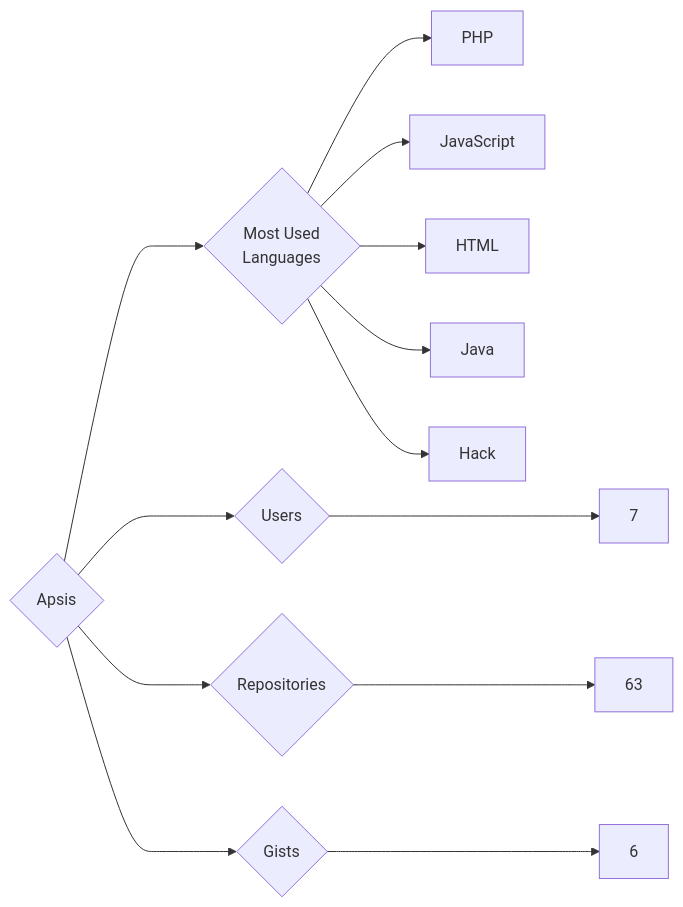
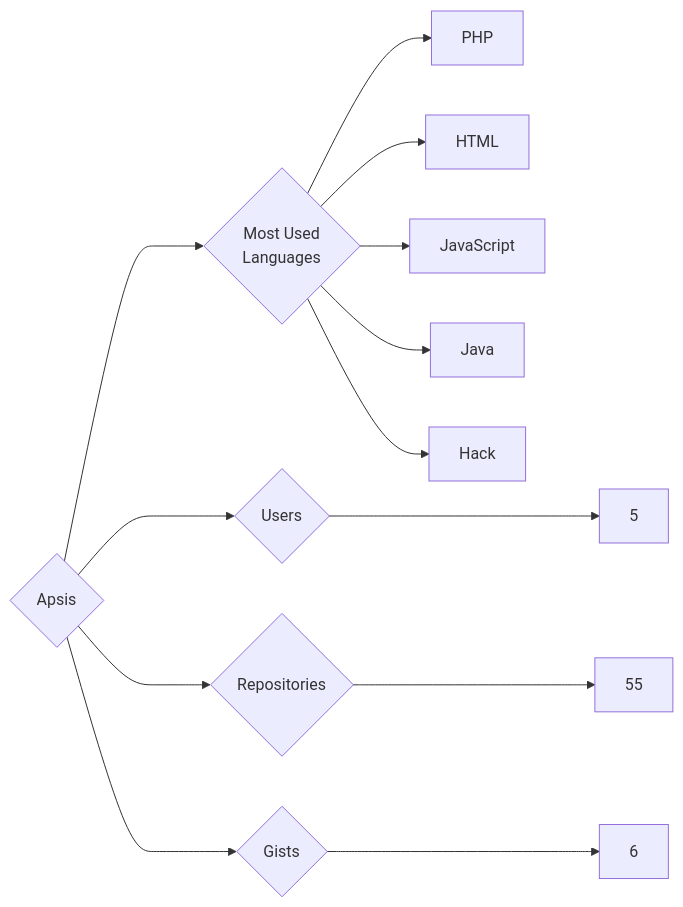
The diagram in targets/Apsis/README.md (trickest/insiders), drawn with Mermaid before and after one commit. The commit also changed 865 other files, not shown here.

````diff
--- a/targets/Apsis/README.md
+++ b/targets/Apsis/README.md
@@ -3,13 +3,13 @@
 ```mermaid
 graph LR
 COMPANY_NAME{Apsis}
-COMPANY_NAME ---> U{Users} ---> UN[7]
-COMPANY_NAME ---> R{Repositories} ---> RN[63]
+COMPANY_NAME ---> U{Users} ---> UN[5]
+COMPANY_NAME ---> R{Repositories} ---> RN[55]
 COMPANY_NAME ---> G{Gists} ---> GN[6]
 COMPANY_NAME ---> ML{Most Used<br>Languages}
 ML --> PHP[PHP]
+ML --> HTML[HTML]
 ML --> JavaScript[JavaScript]
-ML --> HTML[HTML]
 ML --> Java[Java]
 ML --> Hack[Hack]
 ```
````
